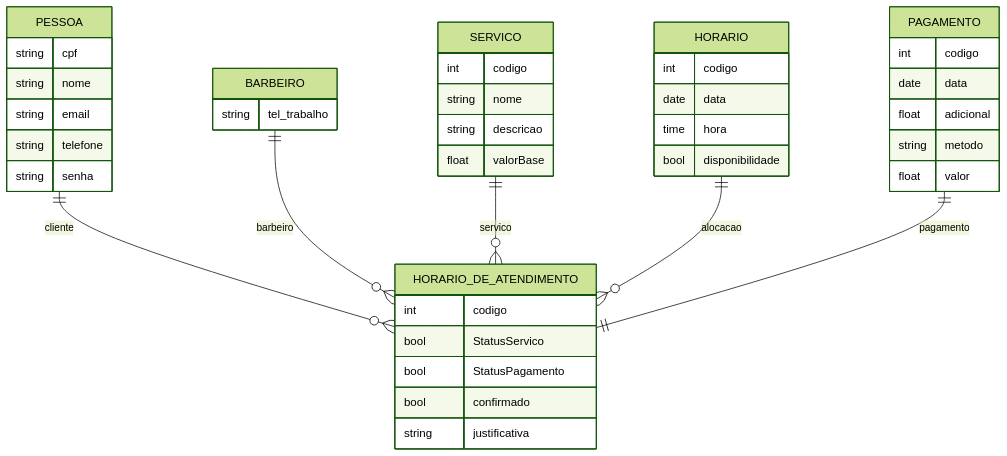
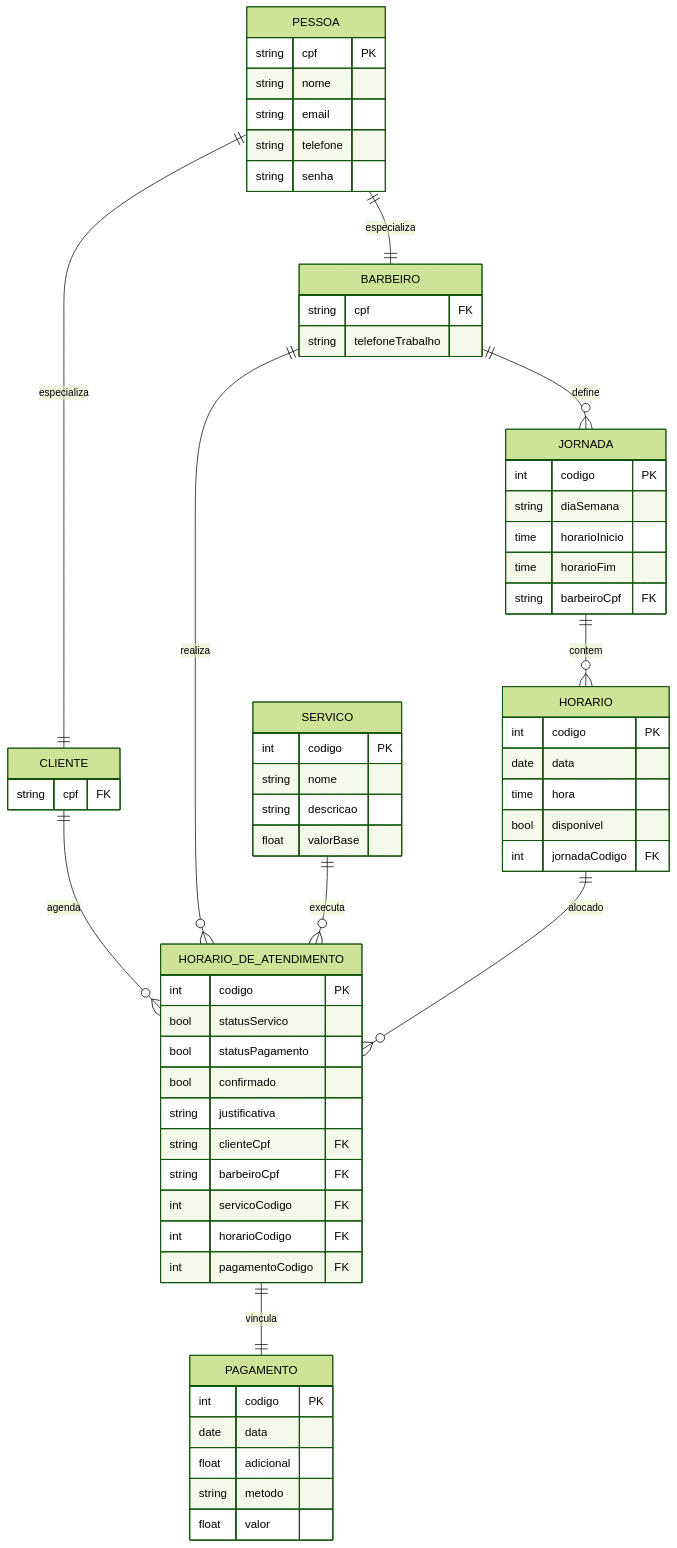
Before and after one commit to AlecYalcin/KNN-Barber-App: the second of 2 diagrams in docs/doc-modelos.md, drawn with Mermaid (forest theme). The commit also changed other lines of this file, not shown here.

````diff
--- a/docs/doc-modelos.md
+++ b/docs/doc-modelos.md
@@ -138,51 +198,78 @@
 ```mermaid
 erDiagram
-    PESSOA ||--o{ HORARIO_DE_ATENDIMENTO : cliente
-    BARBEIRO ||--o{ HORARIO_DE_ATENDIMENTO : barbeiro
-    SERVICO ||--o{ HORARIO_DE_ATENDIMENTO : servico
-    HORARIO ||--o{ HORARIO_DE_ATENDIMENTO : alocacao
-    PAGAMENTO ||--|| HORARIO_DE_ATENDIMENTO : pagamento
+    PESSOA ||--|| CLIENTE : especializa
+    PESSOA ||--|| BARBEIRO : especializa
+
+    BARBEIRO ||--o{ JORNADA : define
+    JORNADA ||--o{ HORARIO : contem
+
+    CLIENTE ||--o{ HORARIO_DE_ATENDIMENTO : agenda
+    BARBEIRO ||--o{ HORARIO_DE_ATENDIMENTO : realiza
+    SERVICO ||--o{ HORARIO_DE_ATENDIMENTO : executa
+    HORARIO ||--o{ HORARIO_DE_ATENDIMENTO : alocado
+    HORARIO_DE_ATENDIMENTO ||--|| PAGAMENTO : vincula
 
     PESSOA {
-        string cpf
+        string cpf PK
         string nome
         string email
         string telefone
         string senha
     }
 
+    CLIENTE {
+        string cpf FK
+    }
+
     BARBEIRO {
-        string tel_trabalho
+        string cpf FK
+        string telefoneTrabalho
+    }
+
+    JORNADA {
+        int codigo PK
+        string diaSemana
+        time horarioInicio
+        time horarioFim
+        string barbeiroCpf FK
+    }
+
+    HORARIO {
+        int codigo PK
+        date data
+        time hora
+        bool disponivel
+        int jornadaCodigo FK
     }
 
     SERVICO {
-        int codigo
+        int codigo PK
         string nome
         string descricao
         float valorBase
     }
 
-    HORARIO {
-        int codigo
-        date data
-        time hora
-        bool disponibilidade
-    }
-
     PAGAMENTO {
-        int codigo
+        int codigo PK
         date data
         float adicional
         string metodo
         float valor
     }
 
     HORARIO_DE_ATENDIMENTO {
-        int codigo
-        bool StatusServico
-        bool StatusPagamento
+        int codigo PK
+        bool statusServico
+        bool statusPagamento
         bool confirmado
         string justificativa
+        string clienteCpf FK
+        string barbeiroCpf FK
+        int servicoCodigo FK
+        int horarioCodigo FK
+        int pagamentoCodigo FK
     }
 
+
+
 ```
````
